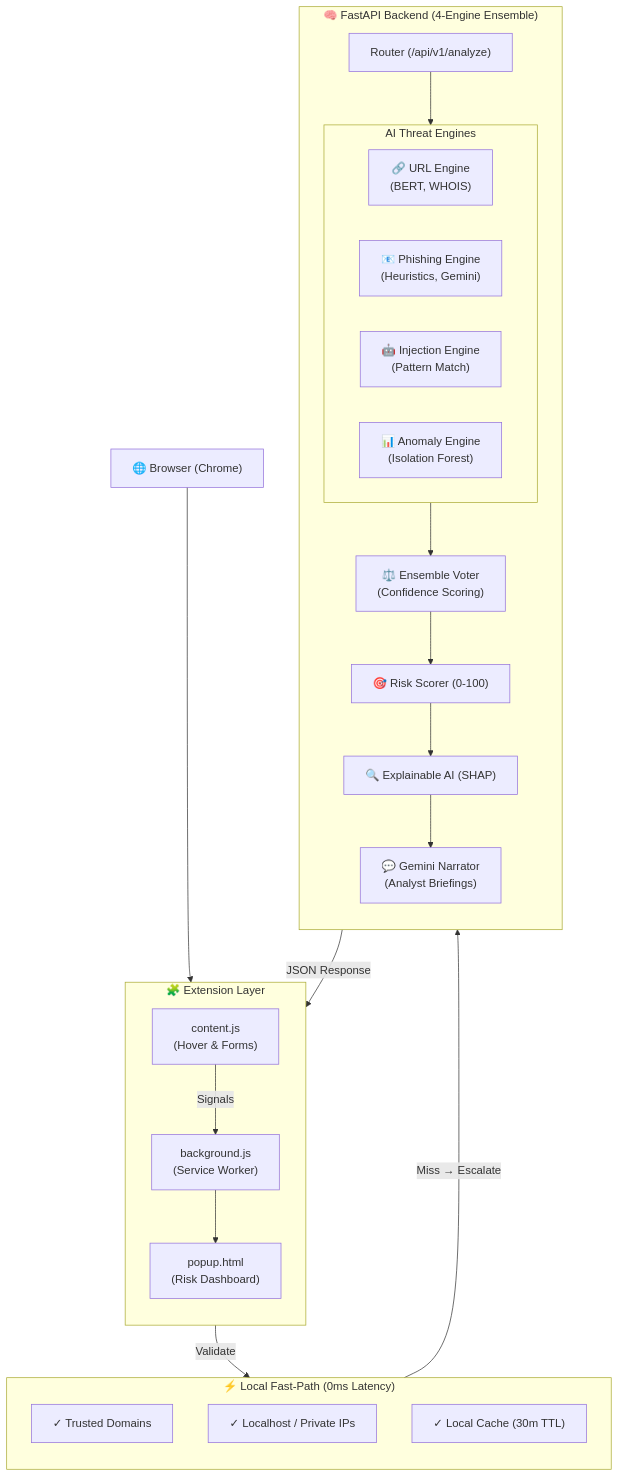
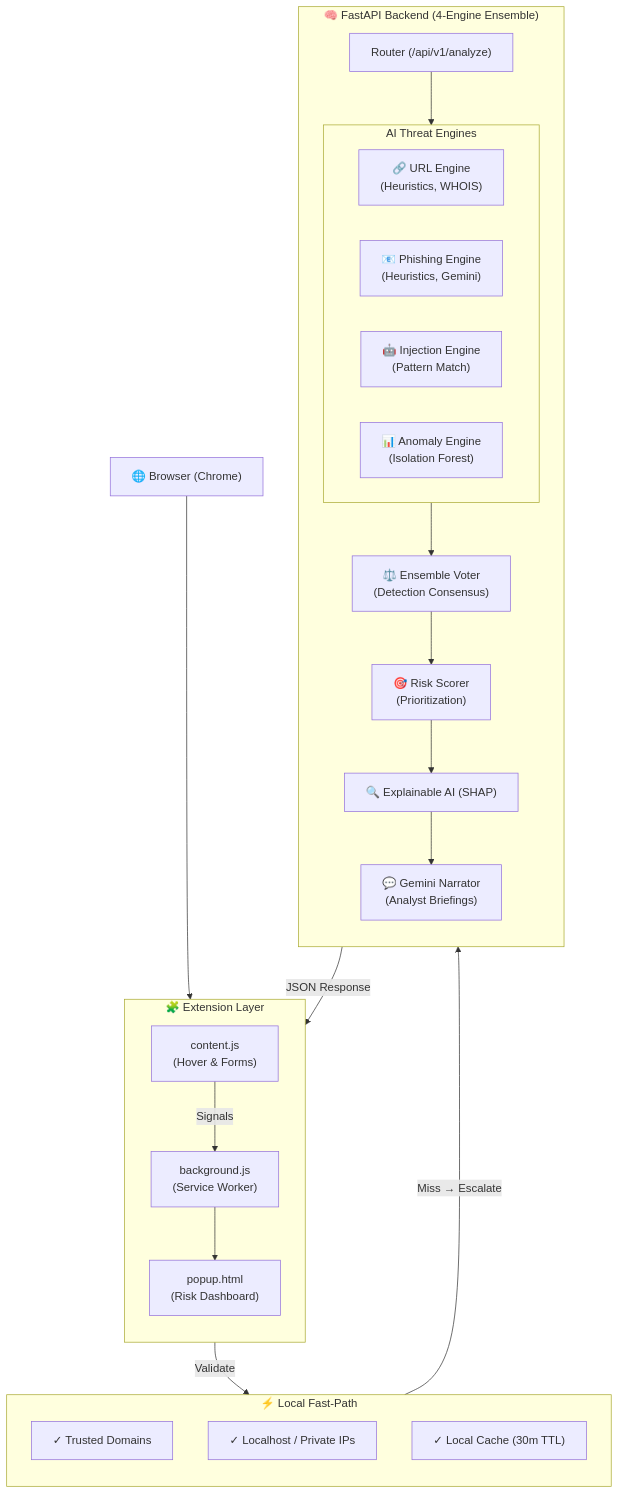
The diagram in sentineliq/README.md (ramakrishnanyadav/INDIANEXT_X_CHITTI2.0), drawn with Mermaid before and after one commit. The commit also changed other lines of this file, not shown here.

````diff
--- a/sentineliq/README.md
+++ b/sentineliq/README.md
@@ -56,47 +56,47 @@
 ```mermaid
 flowchart TD
     %% Browser & Extension
     Browser["🌐 Browser (Chrome)"] --> ExtLayer
 
     subgraph ExtLayer["🧩 Extension Layer"]
         direction TB
         Content["content.js\n(Hover & Forms)"]
         Background["background.js\n(Service Worker)"]
         Popup["popup.html\n(Risk Dashboard)"]
         Content -->|"Signals"| Background
     end
 
     %% Local Fast Path
     Background -->|"Validate"| FastPath
-    subgraph FastPath["⚡ Local Fast-Path (0ms Latency)"]
+    subgraph FastPath["⚡ Local Fast-Path"]
         direction TB
         Trusted["✓ Trusted Domains"]
         LocalIP["✓ Localhost / Private IPs"]
         Cache["✓ Local Cache (30m TTL)"]
     end
 
     %% API / Backend
     FastPath -->|"Miss → Escalate"| API
     subgraph API["🧠 FastAPI Backend (4-Engine Ensemble)"]
         direction TB
         Router["Router (/api/v1/analyze)"]
         
         Router --> Engines
         subgraph Engines["AI Threat Engines"]
             direction LR
-            URL["🔗 URL Engine\n(BERT, WHOIS)"]
+            URL["🔗 URL Engine\n(Heuristics, WHOIS)"]
             Phish["📧 Phishing Engine\n(Heuristics, Gemini)"]
             Inject["🤖 Injection Engine\n(Pattern Match)"]
             Anomaly["📊 Anomaly Engine\n(Isolation Forest)"]
         end
 
-        Engines --> Voter["⚖️ Ensemble Voter\n(Confidence Scoring)"]
-        Voter --> Risk["🎯 Risk Scorer (0-100)"]
+        Engines --> Voter["⚖️ Ensemble Voter\n(Detection Consensus)"]
+        Voter --> Risk["🎯 Risk Scorer\n(Prioritization)"]
         Risk --> XAI["🔍 Explainable AI (SHAP)"]
         XAI --> Narrator["💬 Gemini Narrator\n(Analyst Briefings)"]
     end
 
     %% Return Path
     Narrator -->|"JSON Response"| Background
     Background --> Popup
 ```
````
